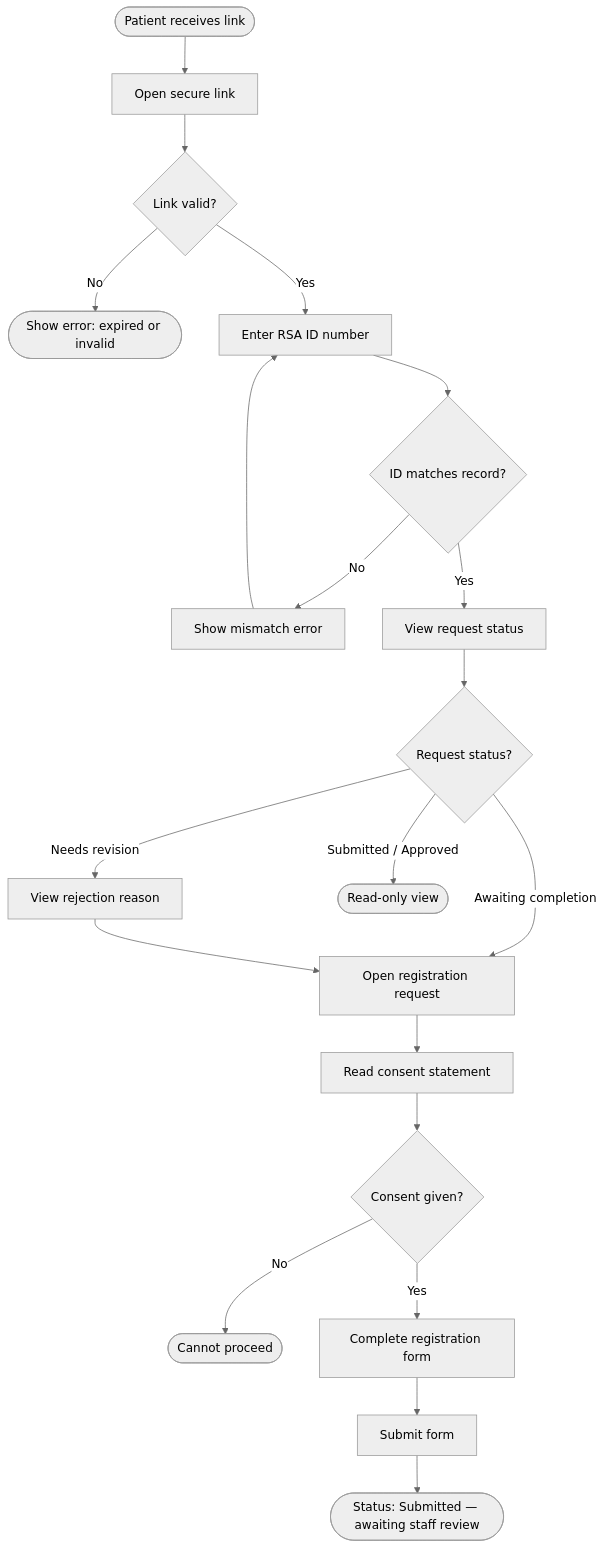
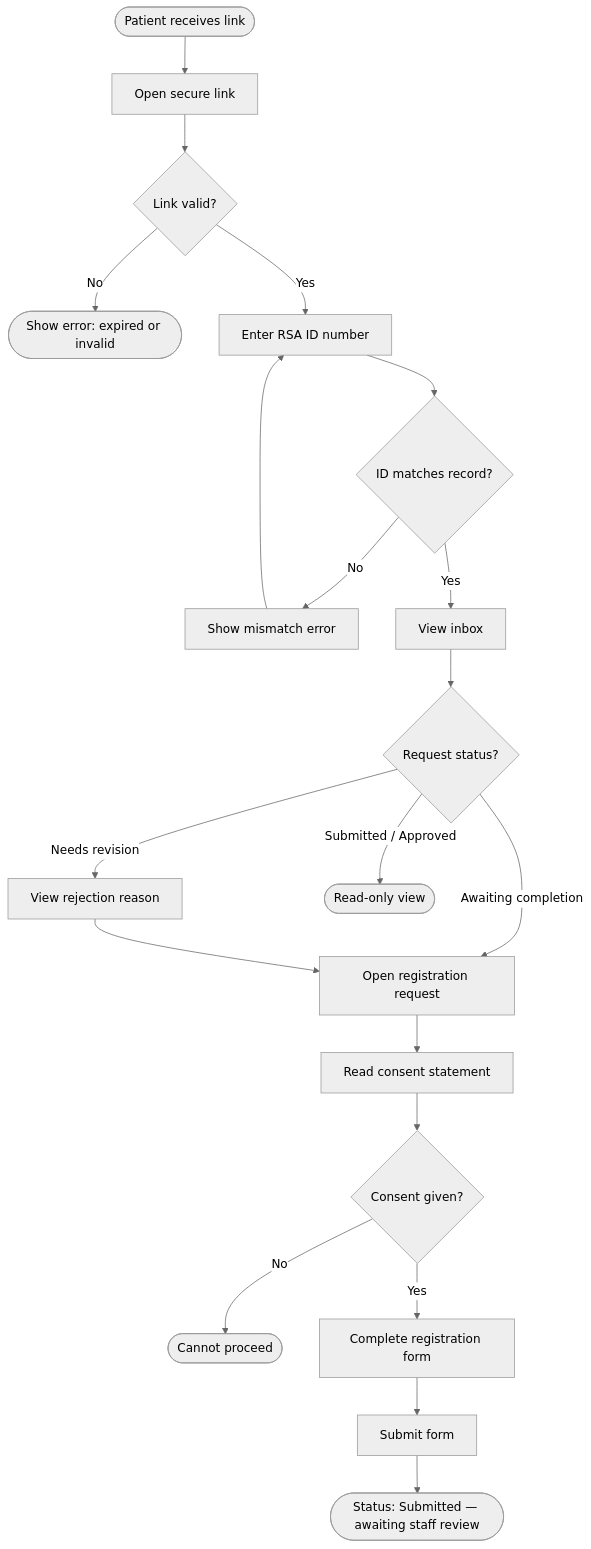
The first of 2 diagrams in docs/design.md (KaidanTheron/patient-reg), drawn with Mermaid (neutral theme) before and after one commit.

Commit message:
small update to flow diagram

````diff
--- a/docs/design.md
+++ b/docs/design.md
@@ -106,22 +106,22 @@
 ```mermaid
 flowchart TD;
     A([Patient receives link]) --> B[Open secure link]
     B --> C{Link valid?}
     C -- No --> D([Show error: expired or invalid])
     C -- Yes --> E[Enter RSA ID number]
     E --> F{ID matches record?}
     F -- No --> G[Show mismatch error]
     G --> E
-    F -- Yes --> H[View request status]
+    F -- Yes --> H[View inbox]
     H --> I{Request status?}
     I -- Awaiting completion --> J[Open registration request]
     I -- Needs revision --> K[View rejection reason]
     K --> J
     I -- Submitted / Approved --> L([Read-only view])
     J --> M[Read consent statement]
     M --> N{Consent given?}
     N -- No --> O([Cannot proceed])
     N -- Yes --> P[Complete registration form]
     P --> Q[Submit form]
     Q --> R([Status: Submitted — awaiting staff review])
 ```
````
